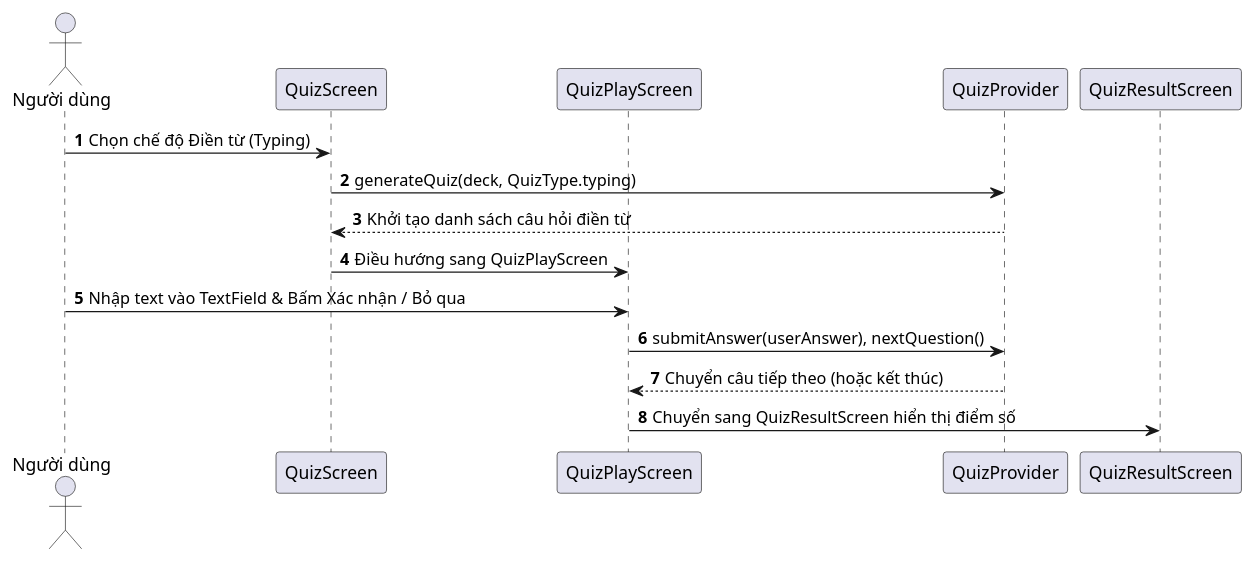
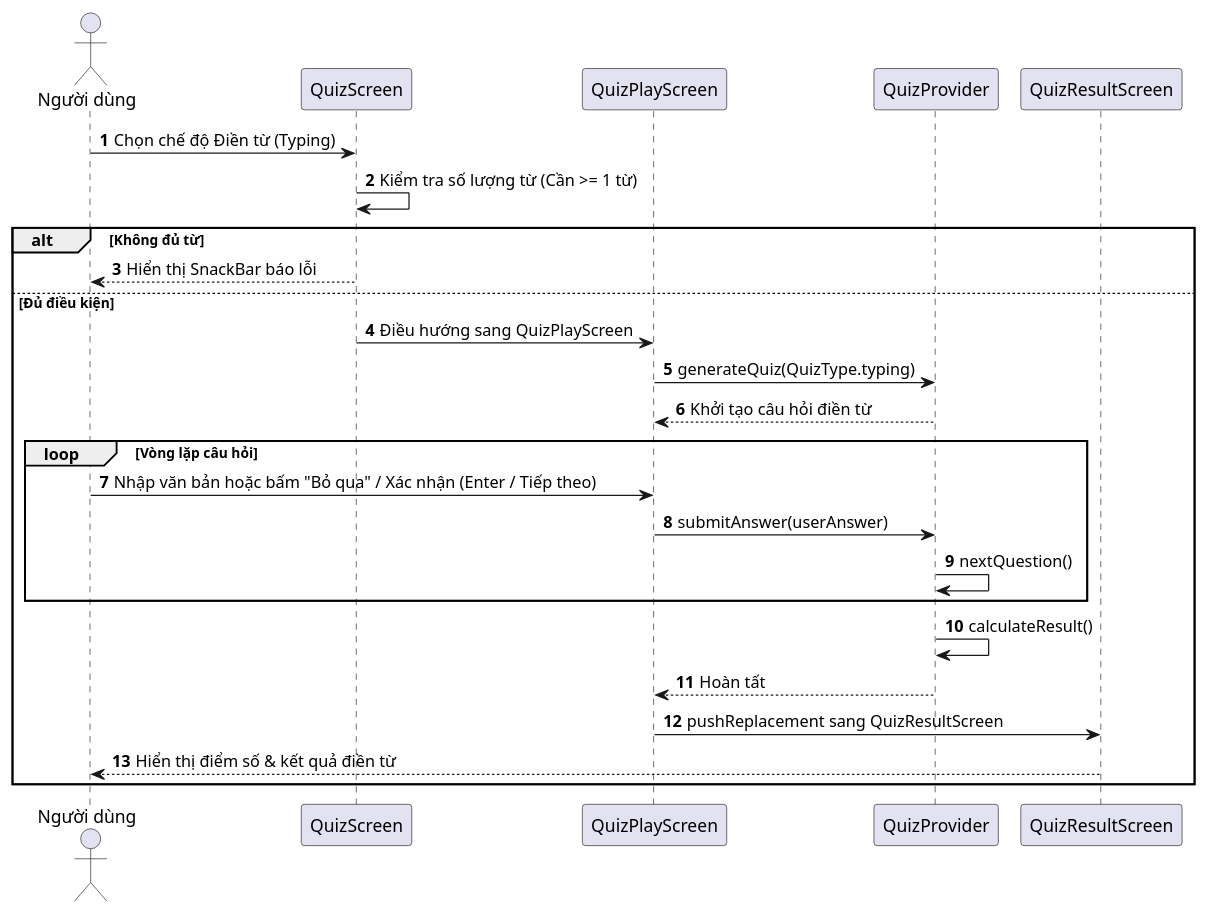
The diagram in docs/sequence_quiz_typing.puml (hoang-adu/2026_2027_1_1_LTTBDD_N01_Nhom_2), drawn with PlantUML before and after one commit. The commit also changed 3 other files, not shown here.

```diff
--- a/docs/sequence_quiz_typing.puml
+++ b/docs/sequence_quiz_typing.puml
@@ -1,17 +1,27 @@
 @startuml
 autonumber
 actor "Người dùng" as User
 participant "QuizScreen" as UI1
 participant "QuizPlayScreen" as UI2
 participant "QuizProvider" as Provider
 participant "QuizResultScreen" as UIResult
 
 User -> UI1: Chọn chế độ Điền từ (Typing)
-UI1 -> Provider: generateQuiz(deck, QuizType.typing)
-Provider --> UI1: Khởi tạo danh sách câu hỏi điền từ
-UI1 -> UI2: Điều hướng sang QuizPlayScreen
-User -> UI2: Nhập text vào TextField & Bấm Xác nhận / Bỏ qua
-UI2 -> Provider: submitAnswer(userAnswer), nextQuestion()
-Provider --> UI2: Chuyển câu tiếp theo (hoặc kết thúc)
-UI2 -> UIResult: Chuyển sang QuizResultScreen hiển thị điểm số
+UI1 -> UI1: Kiểm tra số lượng từ (Cần >= 1 từ)
+alt Không đủ từ
+    UI1 --> User: Hiển thị SnackBar báo lỗi
+else Đủ điều kiện
+    UI1 -> UI2: Điều hướng sang QuizPlayScreen
+    UI2 -> Provider: generateQuiz(QuizType.typing)
+    Provider --> UI2: Khởi tạo câu hỏi điền từ
+    loop Vòng lặp câu hỏi
+        User -> UI2: Nhập văn bản hoặc bấm "Bỏ qua" / Xác nhận (Enter / Tiếp theo)
+        UI2 -> Provider: submitAnswer(userAnswer)
+        Provider -> Provider: nextQuestion()
+    end
+    Provider -> Provider: calculateResult()
+    Provider --> UI2: Hoàn tất
+    UI2 -> UIResult: pushReplacement sang QuizResultScreen
+    UIResult --> User: Hiển thị điểm số & kết quả điền từ
+end
 @enduml
```
